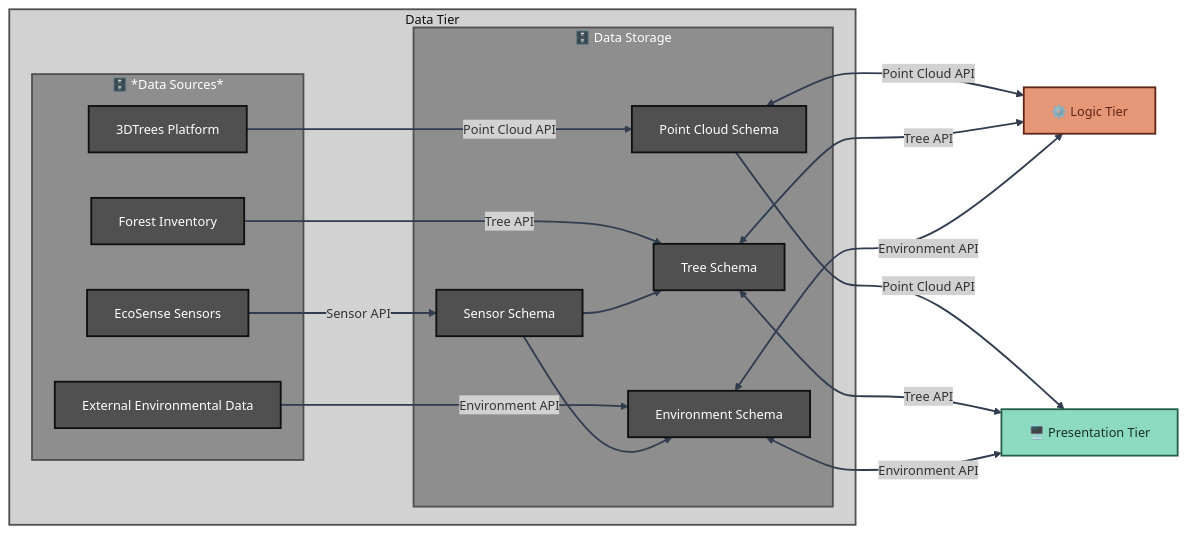
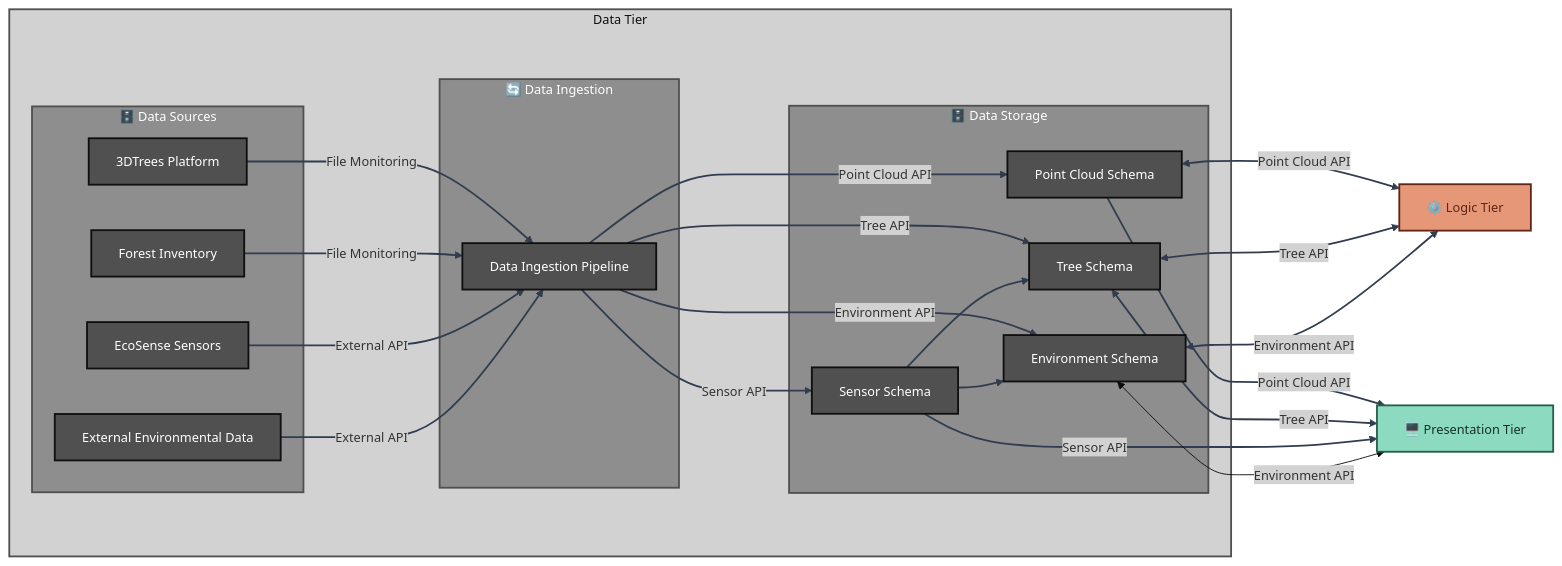
Before and after one commit to XRFutureForests/digital-twin-db: the second of 4 diagrams in docs/architecture/architecture.md, drawn with Mermaid. The commit also changed other lines of this file, not shown here.

Commit message:
architecture description

````diff
--- a/docs/architecture/architecture.md
+++ b/docs/architecture/architecture.md
@@ -60,70 +71,79 @@
 ```mermaid
 %%{
 init: {
 'theme': 'base',
 'themeVariables': {
 'fontSize': '14px',
 'secondaryColor': '#d2d2d2'
 }
 }
 }%%
 flowchart LR
+
 subgraph DATA_TIER["Data Tier"]
-subgraph SOURCES["🗄️ *Data Sources*"]
+
+subgraph SOURCES["🗄️ Data Sources"]
 S1[3DTrees Platform]
 S5[Forest Inventory]
 S3[External Environmental Data]
 S2[EcoSense Sensors]
+end
+
+subgraph INGESTION["🔄 Data Ingestion"]
+M1[Data Ingestion Pipeline]
 end
 
 subgraph STORAGE["🗄️ Data Storage"]
 SC1[Point Cloud Schema]
 SC2[Tree Schema]
 SC3[Sensor Schema]
 SC4[Environment Schema]
 end
 end
 
 LOGIC_REF["⚙️ Logic Tier"]
 
-
 PRESENTATION_REF["🖥️ Presentation Tier"]
 
-S1 -->|Point Cloud API| SC1
-S2 -->|Sensor API| SC3
-S3 -->|Environment API| SC4
-S5 -->|Tree API| SC2
+S1 -->|File Monitoring| M1
+S5 -->|File Monitoring| M1
+S2 -->|External API| M1
+S3 -->|External API| M1
+
+M1 -->|Point Cloud API| SC1
+M1 -->|Tree API| SC2
+M1 -->|Sensor API| SC3
+M1 -->|Environment API| SC4
 
 SC3 --> SC4
 SC3 --> SC2
 
 SC1 <-->|Point Cloud API| LOGIC_REF
 SC2 <-->|Tree API| LOGIC_REF
 SC4 <-->|Environment API| LOGIC_REF
 SC1 -->|Point Cloud API| PRESENTATION_REF
 SC2 <-->|Tree API| PRESENTATION_REF
+SC3 -->|Sensor API| PRESENTATION_REF
 SC4 <-->|Environment API| PRESENTATION_REF
 
 %% Higher level tiers - light colors
 classDef dataBack fill:#d2d2d2,stroke:#505050,stroke-width:2px,color:#0f0f0f
 classDef logicTier fill:#e59778,stroke:#612515,stroke-width:2px,color:#612515
 classDef presentationTier fill:#8cdbc0,stroke:#265e4d,stroke-width:2px,color:#183029
 
 %% Mid-level subgraphs - medium colors  
 classDef dataTier fill:#8e8e8e,stroke:#505050,stroke-width:2px,color:#ffffff
 
 %% Nodes - darkest colors
 classDef dataNode fill:#505050,stroke:#0f0f0f,stroke-width:2px,color:#ffffff
 classDef logicNode fill:#612515,stroke:#ad5643,stroke-width:2px,color:#ffffff
 classDef presentationNode fill:#265e4d,stroke:#5cb89c,stroke-width:2px,color:#ffffff
 
 class DATA_TIER dataBack
-class SOURCES,STORAGE dataTier
-class S1,S2,S3,S5,SC1,SC2,SC3,SC4 dataNode
+class SOURCES,INGESTION,STORAGE dataTier
+class S1,S2,S3,S5,SC1,SC2,SC3,SC4,M1 dataNode
 class LOGIC_REF logicTier
-class L_REF logicNode
 class PRESENTATION_REF presentationTier
-class P_REF presentationNode
 
-linkStyle 0,1,2,3,4,5,6,7,8,9,10,11 stroke:#313d4f,stroke-width:2px
+linkStyle 0,1,2,3,4,5,6,7,8,9,10,11,12,13,14,15 stroke:#313d4f,stroke-width:2px
 ```
````
